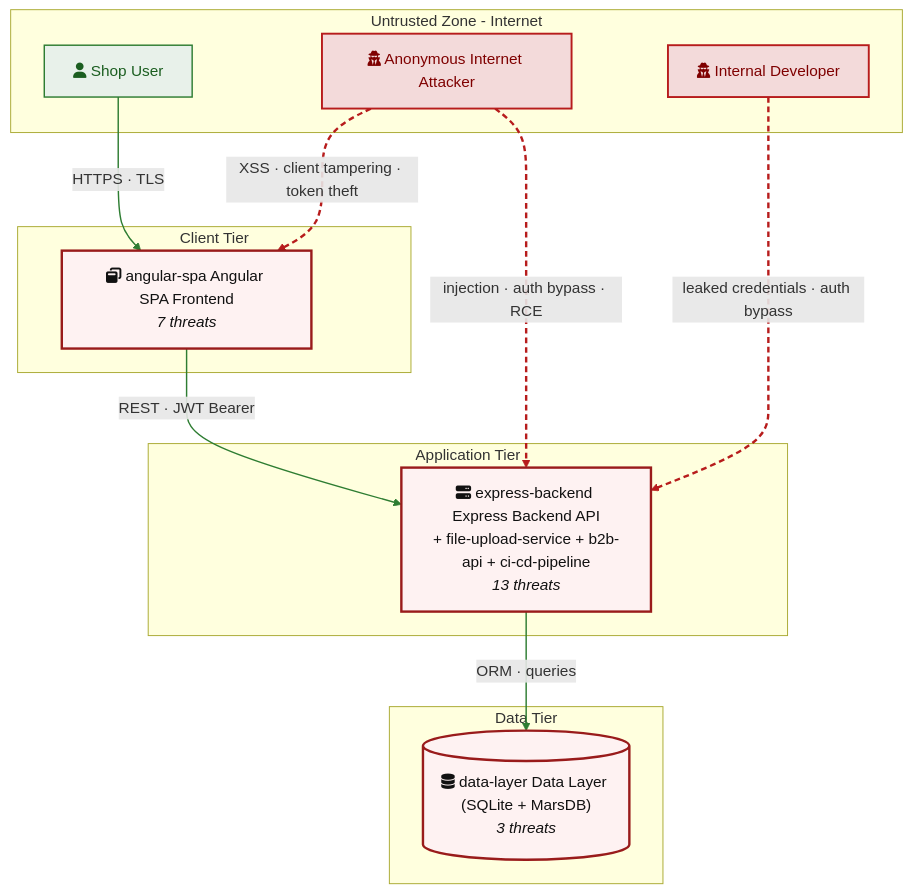
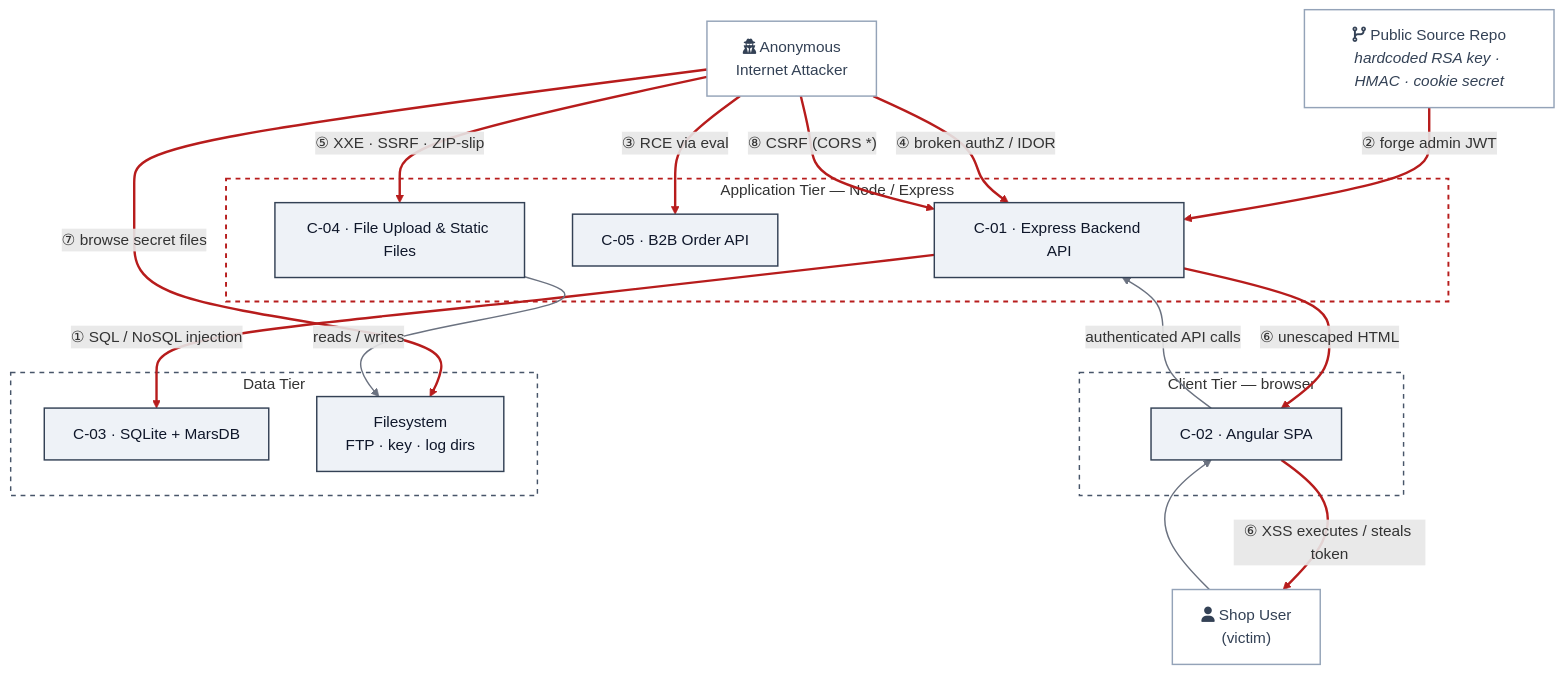
The diagram in README.md (appsec-foundry/appsec-analyzer), drawn with Mermaid before and after one commit. The commit also changed other lines of this file and 8 other files, not shown here.

````diff
--- a/README.md
+++ b/README.md
@@ -262,30 +180,40 @@
 ```mermaid
-flowchart TD
-    subgraph EXT["Untrusted Zone - Internet"]
-        INTERNET_ANON["fa:fa-user-secret Anonymous Internet Attacker"]:::threat
-        VICTIM_REQUIRED["fa:fa-user Shop User"]:::legit
-        REPO_READ["fa:fa-user-secret Internal Developer"]:::threat
+flowchart TB
+    ANON["fa:fa-user-secret Anonymous<br/>Internet Attacker"]:::ext
+    USER["fa:fa-user Shop User<br/>(victim)"]:::ext
+    REPO["fa:fa-code-branch Public Source Repo<br/><i>hardcoded RSA key · HMAC · cookie secret</i>"]:::ext
+
+    subgraph CLIENT["Client Tier — browser"]
+        SPA["C-02 · Angular SPA"]:::comp
     end
-    subgraph CLIENT["Client Tier"]
-        angular_spa["fa:fa-window-restore angular-spa Angular SPA Frontend<br/><i>7 threats</i>"]:::risk
-    end
-    subgraph APP["Application Tier"]
-        express_backend["fa:fa-server express-backend Express Backend API<br/>+ file-upload-service + b2b-api + ci-cd-pipeline<br/><i>13 threats</i>"]:::risk
+    subgraph APP["Application Tier — Node / Express"]
+        API["C-01 · Express Backend API"]:::comp
+        B2B["C-05 · B2B Order API"]:::comp
+        UP["C-04 · File Upload &amp; Static Files"]:::comp
     end
     subgraph DATA["Data Tier"]
-        data_layer[("fa:fa-database data-layer Data Layer (SQLite + MarsDB)<br/><i>3 threats</i>")]:::risk
+        DB["C-03 · SQLite + MarsDB"]:::comp
+        FS["Filesystem<br/>FTP · key · log dirs"]:::comp
     end
-    VICTIM_REQUIRED -->|"HTTPS · TLS"| angular_spa
-    angular_spa -->|"REST · JWT Bearer"| express_backend
-    express_backend -->|"ORM · queries"| data_layer
-    INTERNET_ANON -.->|"injection · auth bypass · RCE"| express_backend
-    INTERNET_ANON -.->|"XSS · client tampering · token theft"| angular_spa
-    REPO_READ -.->|"leaked credentials · auth bypass"| express_backend
 
-    classDef legit fill:#e8f1ea,stroke:#2e7d32,color:#1b5e20,stroke-width:1.5px
-    classDef threat fill:#f3dada,stroke:#b71c1c,color:#7f0000,stroke-width:2px
-    classDef external fill:#f2f2f2,stroke:#424242,color:#212121,stroke-width:1.5px
-    classDef risk fill:#fef2f2,stroke:#991b1b,color:#111,stroke-width:2.5px
-    linkStyle 0,1,2 stroke:#2e7d32,stroke-width:1.5px
-    linkStyle 3,4,5 stroke:#b71c1c,stroke-width:2.5px,stroke-dasharray:6 4
+    USER --> SPA
+    SPA -->|authenticated API calls| API
+    REPO ==>|"② forge admin JWT"| API
+    ANON ==>|"③ RCE via eval"| B2B
+    ANON ==>|"④ broken authZ / IDOR"| API
+    ANON ==>|"⑤ XXE · SSRF · ZIP-slip"| UP
+    ANON ==>|"⑦ browse secret files"| FS
+    ANON ==>|"⑧ CSRF (CORS *)"| API
+    API ==>|"① SQL / NoSQL injection"| DB
+    API ==>|"⑥ unescaped HTML"| SPA
+    SPA ==>|"⑥ XSS executes / steals token"| USER
+    UP -->|reads / writes| FS
+
+    style CLIENT fill:none,stroke:#475569,stroke-width:1.5px,stroke-dasharray:5
+    style APP fill:none,stroke:#b71c1c,stroke-width:2px,stroke-dasharray:5
+    style DATA fill:none,stroke:#475569,stroke-width:1.5px,stroke-dasharray:5
+    classDef comp fill:#eef2f7,stroke:#334155,color:#0f172a,stroke-width:1.5px
+    classDef ext  fill:#ffffff,stroke:#94a3b8,color:#334155,stroke-width:1.5px
+    linkStyle 0,1,11 stroke:#6b7280,stroke-width:1.5px
+    linkStyle 2,3,4,5,6,7,8,9,10 stroke:#b71c1c,stroke-width:2.5px
 ```
````
